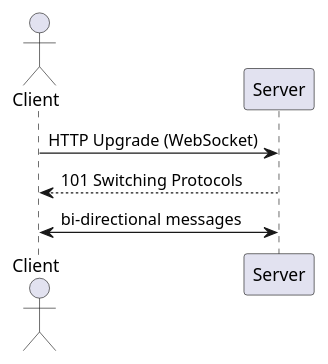
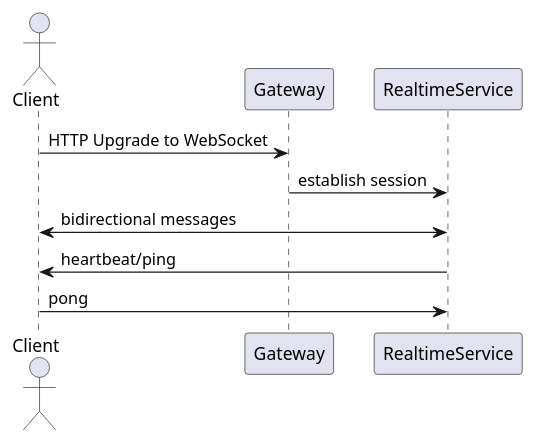
Before and after one commit to iwizy/analyst_kb: the diagram in docs/integrations/integration-methods/api/websockets.md, drawn with PlantUML. The commit also changed other lines of this file and 33 other files, not shown here.

````diff
--- a/docs/integrations/integration-methods/api/websockets.md
+++ b/docs/integrations/integration-methods/api/websockets.md
@@ -14,10 +27,13 @@
 ```kroki-plantuml
 @startuml
 actor Client
-participant Server
+participant Gateway
+participant RealtimeService
 
-Client -> Server: HTTP Upgrade (WebSocket)
-Server --> Client: 101 Switching Protocols
-Client <-> Server: bi-directional messages
+Client -> Gateway: HTTP Upgrade to WebSocket
+Gateway -> RealtimeService: establish session
+Client <-> RealtimeService: bidirectional messages
+RealtimeService -> Client: heartbeat/ping
+Client -> RealtimeService: pong
 @enduml
 ```
````
